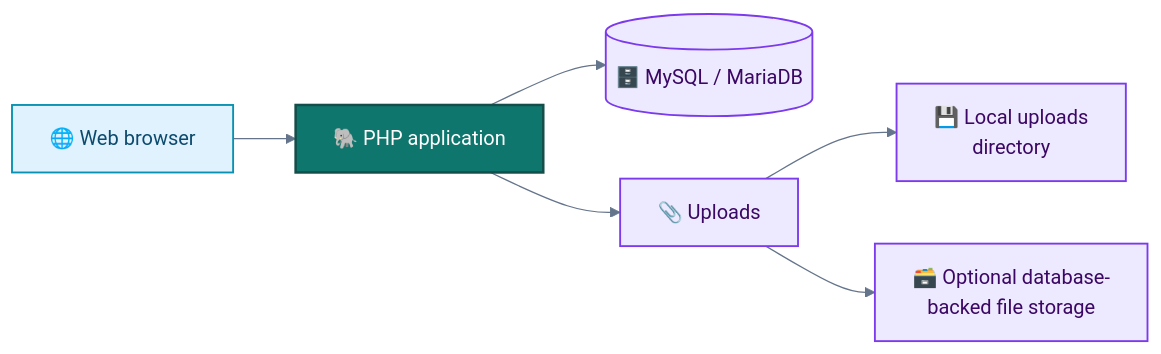
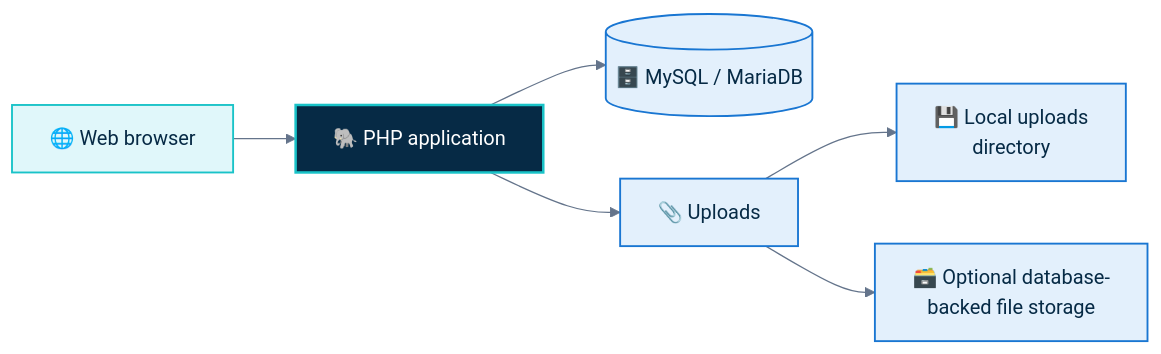
Before and after one commit to heyaftab/national-healthcare-record-exchange: the second of 2 diagrams in README.md, drawn with Mermaid. The commit also changed other lines of this file and 4 other files, not shown here.

````diff
--- a/README.md
+++ b/README.md
@@ -198,16 +194,16 @@
 ```mermaid
 %%{init: {'theme':'base','themeVariables':{'fontFamily':'Inter, Segoe UI, sans-serif','lineColor':'#64748b'}}}%%
 flowchart LR
     Browser["🌐 Web browser"] --> Web["🐘 PHP application"]
     Web --> DB[("🗄️ MySQL / MariaDB")]
     Web --> Files["📎 Uploads"]
     Files --> Local["💾 Local uploads<br>directory"]
     Files --> Stored["🗃️ Optional database-<br>backed file storage"]
 
-    classDef client fill:#e0f2fe,stroke:#0891b2,color:#0c4a6e,stroke-width:1.5px;
-    classDef app fill:#0f766e,stroke:#134e4a,color:#ffffff,stroke-width:2px;
-    classDef data fill:#ede9fe,stroke:#7c3aed,color:#3b0764,stroke-width:1.5px;
+    classDef client fill:#e0f7fa,stroke:#19C3C8,color:#062A45,stroke-width:1.5px;
+    classDef app fill:#062A45,stroke:#19C3C8,color:#ffffff,stroke-width:2px;
+    classDef data fill:#e3f0fc,stroke:#1976D2,color:#062A45,stroke-width:1.5px;
     class Browser client;
     class Web app;
     class DB,Files,Local,Stored data;
 ```
````
